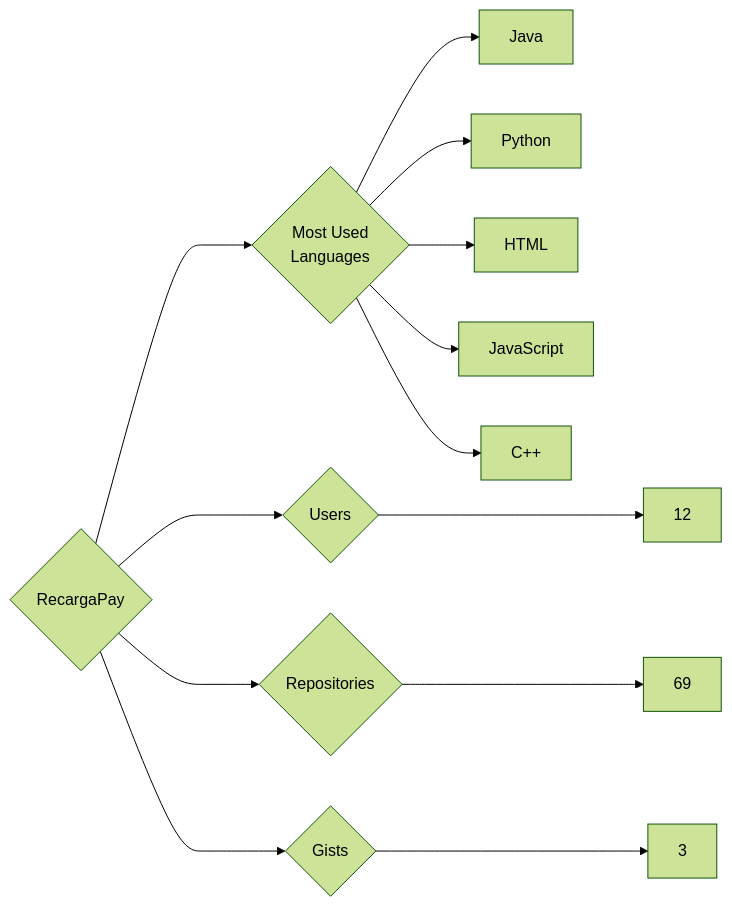
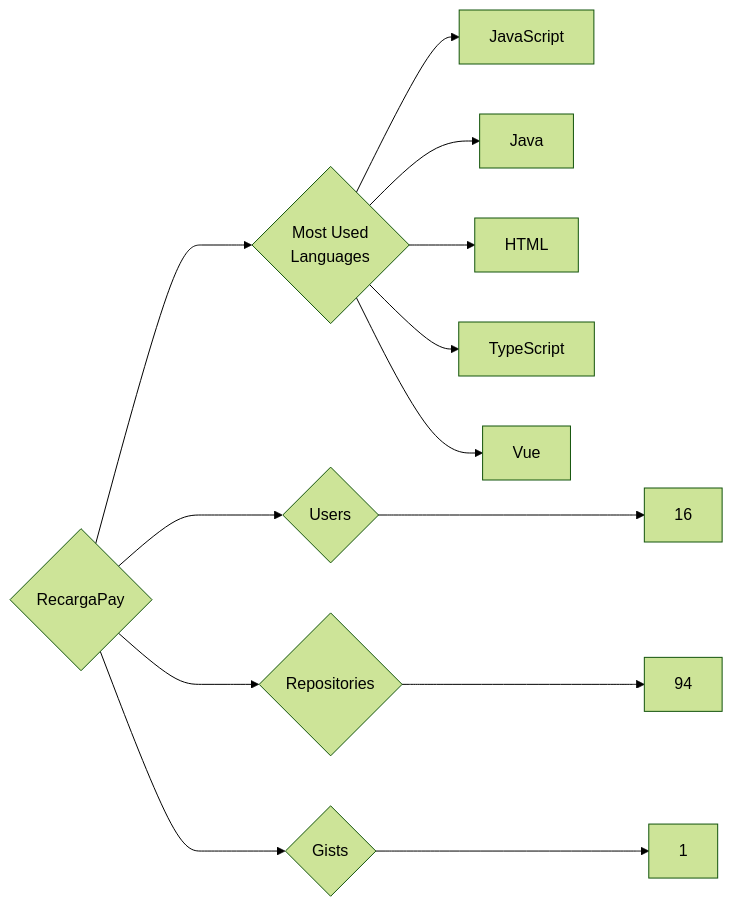
The diagram in targets/RecargaPay/README.md (trickest/insiders), drawn with Mermaid (forest theme) before and after one commit. The commit also changed 912 other files, not shown here.

````diff
--- a/targets/RecargaPay/README.md
+++ b/targets/RecargaPay/README.md
@@ -3,13 +3,13 @@
 ```mermaid
 graph LR
 COMPANY_NAME{RecargaPay}
-COMPANY_NAME ---> U{Users} ---> UN[12]
-COMPANY_NAME ---> R{Repositories} ---> RN[69]
-COMPANY_NAME ---> G{Gists} ---> GN[3]
+COMPANY_NAME ---> U{Users} ---> UN[16]
+COMPANY_NAME ---> R{Repositories} ---> RN[94]
+COMPANY_NAME ---> G{Gists} ---> GN[1]
 COMPANY_NAME ---> ML{Most Used<br>Languages}
+ML --> JavaScript[JavaScript]
 ML --> Java[Java]
-ML --> Python[Python]
 ML --> HTML[HTML]
-ML --> JavaScript[JavaScript]
-ML --> C++[C++]
+ML --> TypeScript[TypeScript]
+ML --> Vue[Vue]
 ```
````
